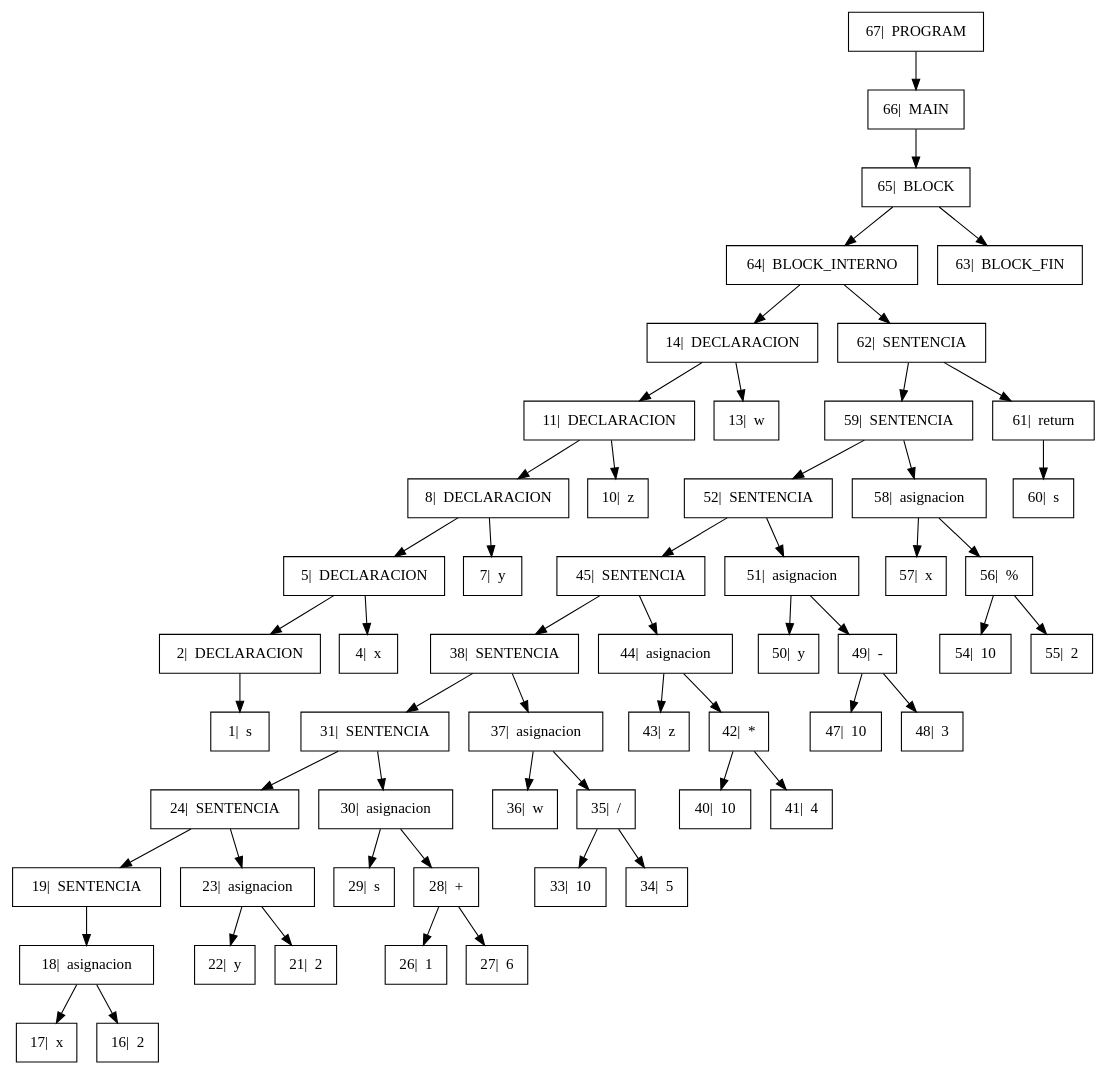
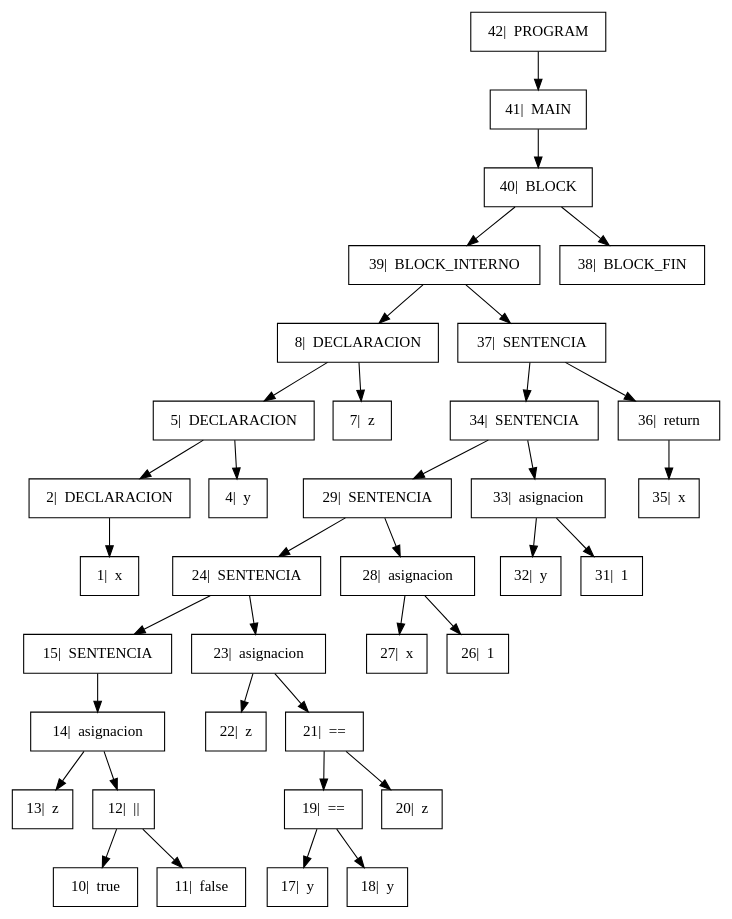
One commit to GiovA07/PRE-PROYECTO-COMPILADORES changed the diagram in Proyecto/output/Arbol.dot. Above: the diagram before and after it, drawn with Graphviz. The commit also changed 7 other files, not shown here.

```diff
--- a/Proyecto/output/Arbol.dot
+++ b/Proyecto/output/Arbol.dot
@@ -1,36 +1,26 @@
 digraph{
 
 rankdir=TB;
 
 node[shape=box];
-"67|  PROGRAM" -> "66|  MAIN" ;
-"66|  MAIN" -> "65|  BLOCK" ;
-"65|  BLOCK" -> "64|  BLOCK_INTERNO", "63|  BLOCK_FIN";
-"64|  BLOCK_INTERNO" -> "14|  DECLARACION", "62|  SENTENCIA";
-"14|  DECLARACION" -> "11|  DECLARACION", "13|  w";
-"11|  DECLARACION" -> "8|  DECLARACION", "10|  z";
-"8|  DECLARACION" -> "5|  DECLARACION", "7|  y";
-"5|  DECLARACION" -> "2|  DECLARACION", "4|  x";
-"2|  DECLARACION" -> "1|  s" ;
-"62|  SENTENCIA" -> "59|  SENTENCIA", "61|  return";
-"59|  SENTENCIA" -> "52|  SENTENCIA", "58|  asignacion";
-"52|  SENTENCIA" -> "45|  SENTENCIA", "51|  asignacion";
-"45|  SENTENCIA" -> "38|  SENTENCIA", "44|  asignacion";
-"38|  SENTENCIA" -> "31|  SENTENCIA", "37|  asignacion";
-"31|  SENTENCIA" -> "24|  SENTENCIA", "30|  asignacion";
-"24|  SENTENCIA" -> "19|  SENTENCIA", "23|  asignacion";
-"19|  SENTENCIA" -> "18|  asignacion" ;
-"18|  asignacion" -> "17|  x", "16|  2";
-"23|  asignacion" -> "22|  y", "21|  2";
-"30|  asignacion" -> "29|  s", "28|  +";
-"28|  +" -> "26|  1", "27|  6";
-"37|  asignacion" -> "36|  w", "35|  /";
-"35|  /" -> "33|  10", "34|  5";
-"44|  asignacion" -> "43|  z", "42|  *";
-"42|  *" -> "40|  10", "41|  4";
-"51|  asignacion" -> "50|  y", "49|  -";
-"49|  -" -> "47|  10", "48|  3";
-"58|  asignacion" -> "57|  x", "56|  %";
-"56|  %" -> "54|  10", "55|  2";
-"61|  return" -> "60|  s" ;
+"42|  PROGRAM" -> "41|  MAIN" ;
+"41|  MAIN" -> "40|  BLOCK" ;
+"40|  BLOCK" -> "39|  BLOCK_INTERNO", "38|  BLOCK_FIN";
+"39|  BLOCK_INTERNO" -> "8|  DECLARACION", "37|  SENTENCIA";
+"8|  DECLARACION" -> "5|  DECLARACION", "7|  z";
+"5|  DECLARACION" -> "2|  DECLARACION", "4|  y";
+"2|  DECLARACION" -> "1|  x" ;
+"37|  SENTENCIA" -> "34|  SENTENCIA", "36|  return";
+"34|  SENTENCIA" -> "29|  SENTENCIA", "33|  asignacion";
+"29|  SENTENCIA" -> "24|  SENTENCIA", "28|  asignacion";
+"24|  SENTENCIA" -> "15|  SENTENCIA", "23|  asignacion";
+"15|  SENTENCIA" -> "14|  asignacion" ;
+"14|  asignacion" -> "13|  z", "12|  ||";
+"12|  ||" -> "10|  true", "11|  false";
+"23|  asignacion" -> "22|  z", "21|  ==";
+"21|  ==" -> "19|  ==", "20|  z";
+"19|  ==" -> "17|  y", "18|  y";
+"28|  asignacion" -> "27|  x", "26|  1";
+"33|  asignacion" -> "32|  y", "31|  1";
+"36|  return" -> "35|  x" ;
 }
```
